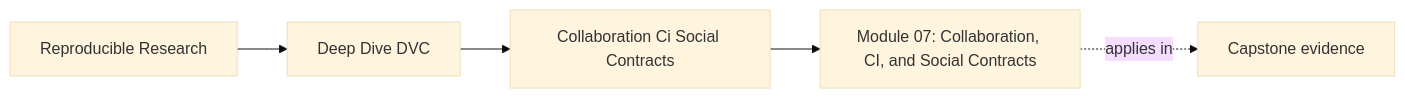
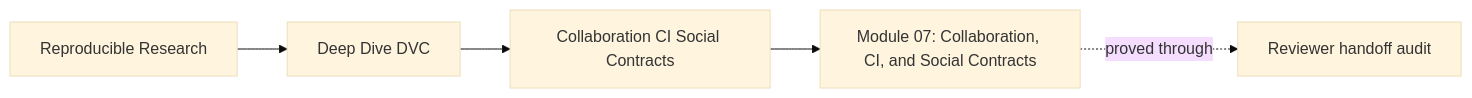
The first of 4 diagrams in programs/reproducible-research/deep-dive-dvc/course-book/module-07-collaboration-ci-social-contracts/index.md (bijux/bijux-masterclass), drawn with Mermaid (base theme) before and after one commit. The commit also changed other lines of this file, not shown here.

Commit message:
docs(dvc): orient independent handoff review study

````diff
--- a/programs/reproducible-research/deep-dive-dvc/course-book/module-07-collaboration-ci-social-contracts/index.md
+++ b/programs/reproducible-research/deep-dive-dvc/course-book/module-07-collaboration-ci-social-contracts/index.md
@@ -7,11 +6,11 @@
 ```mermaid
 graph LR
   family["Reproducible Research"]
   program["Deep Dive DVC"]
-  section["Collaboration Ci Social Contracts"]
+  section["Collaboration CI Social Contracts"]
   page["Module 07: Collaboration, CI, and Social Contracts"]
-  capstone["Capstone evidence"]
+  capstone["Reviewer handoff audit"]
 
   family --> program --> section --> page
-  page -.applies in.-> capstone
+  page -.proved through.-> capstone
 ```
````
